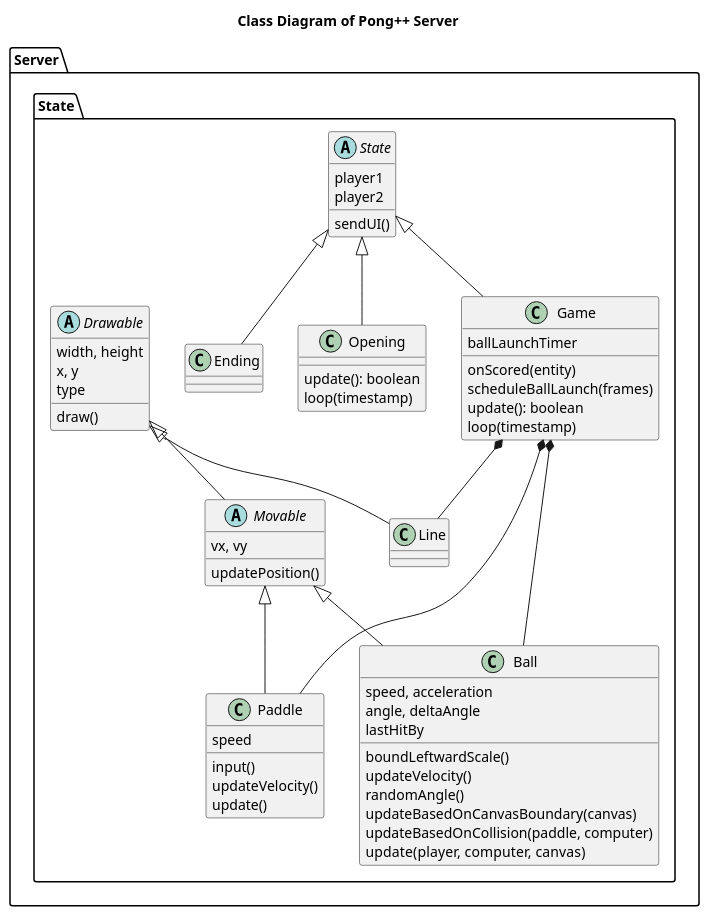
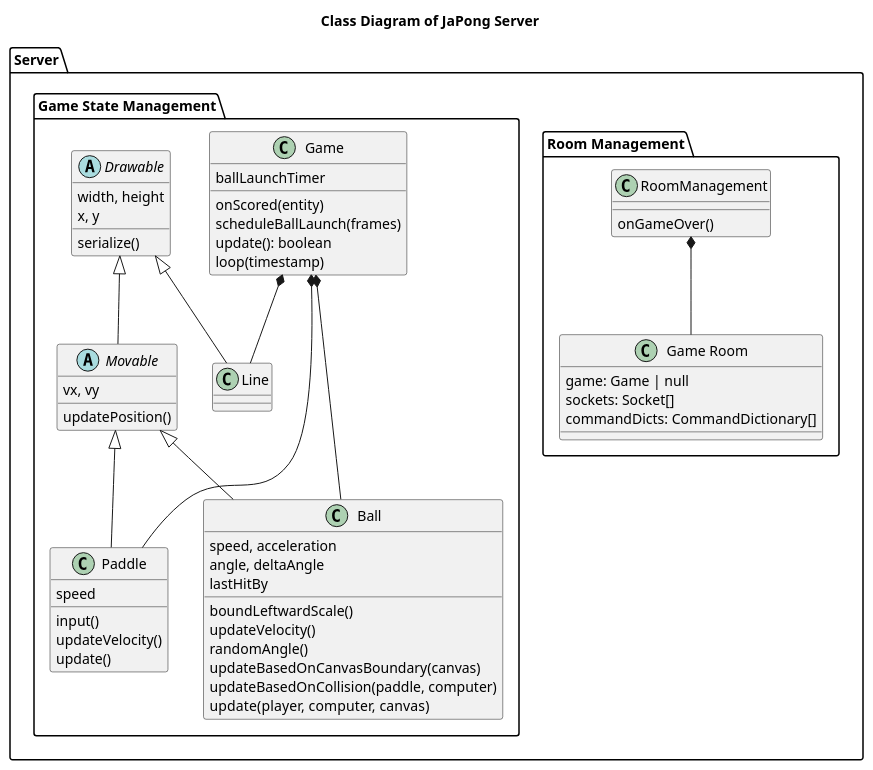
Before and after one commit to uztbt/pong: the diagram in document/uml/classServer.plantuml, drawn with PlantUML. The commit also changed 9 other files, not shown here.

```diff
--- a/document/uml/classServer.plantuml
+++ b/document/uml/classServer.plantuml
@@ -1,82 +1,74 @@
 @startuml
 
-title "Class Diagram of Pong++ Server"
+title "Class Diagram of JaPong Server"
 
 package Server {
-    package State {
-        abstract State {
-            player1
-            player2
-            sendUI()
+    package "Room Management" as RoomManagement {
+        class RoomManagement {
+            onGameOver()
         }
-
-        class Opening {
-          update(): boolean
-          loop(timestamp)
+        class "Game Room" as GameRoom {
+            game: Game | null
+            sockets: Socket[]
+            commandDicts: CommandDictionary[]
         }
-
+        RoomManagement *-- GameRoom
+    }
+    package "Game State Management" as GameStateManagement {
         class Game {
         ballLaunchTimer
         onScored(entity)
         scheduleBallLaunch(frames)
         update(): boolean
         loop(timestamp)
         }
-
-        class Ending {
-        }
-
-        State <|-- Opening
-        State <|-- Game
-        State <|-- Ending
 
         class Paddle {
         speed
         input()
         updateVelocity()
         update()
         }
 
         class Ball {
         speed, acceleration
         angle, deltaAngle
         lastHitBy
         boundLeftwardScale()
         ' boundRightwardScale()
         updateVelocity()
         randomAngle()
         ' flipHorizontally()
         ' boundByCollision(paddle)
         updateBasedOnCanvasBoundary(canvas)
         updateBasedOnCollision(paddle, computer)
         update(player, computer, canvas)
         }
 
         class Line {
         }
 
         abstract "Drawable"  as DrawableServer {
         width, height
         x, y
-        type
-        draw()
+        serialize()
         }
 
         abstract Movable {
         vx, vy
         updatePosition()
         }
 
         Game *--- Paddle
         Game *--- Ball
         Game *-- Line
 
         DrawableServer <|-- Movable
         DrawableServer <|-- Line
 
         Movable <|-- Paddle
         Movable <|-- Ball
     }
 }
 
 @enduml
```
